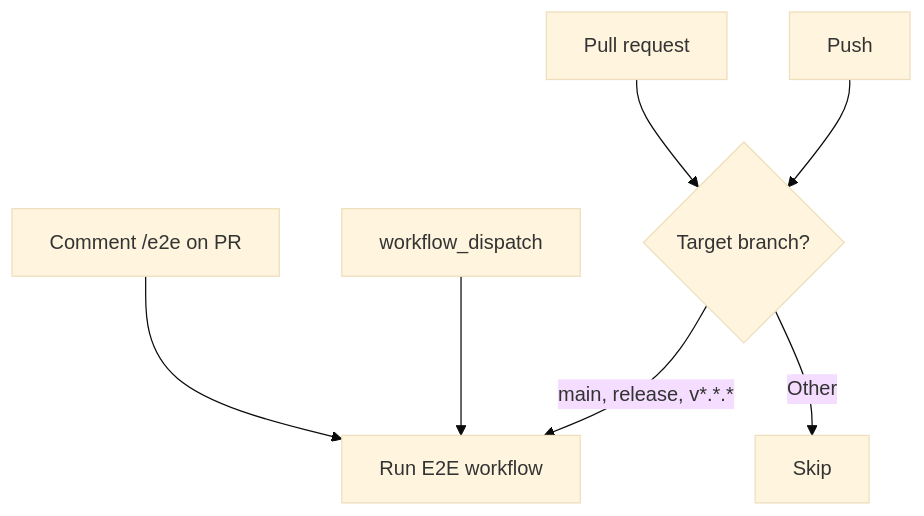
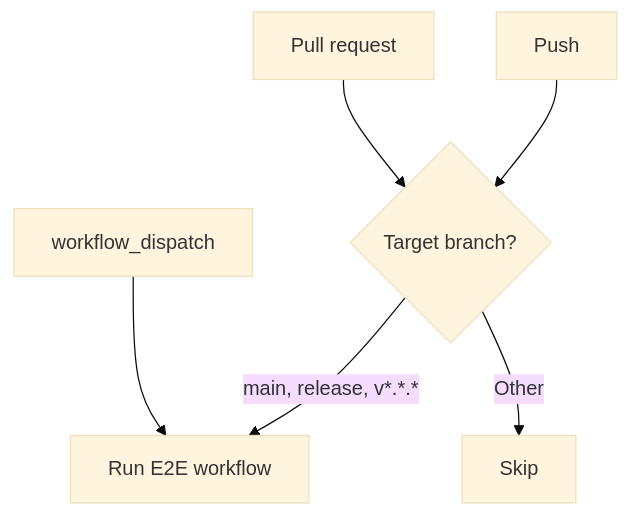
One commit to stellar/freighter-mobile changed the first of 2 diagrams in e2e/docs/ci-and-triggers.md. Above: the diagram before and after it, drawn with Mermaid (base theme). The commit also changed other lines of this file and 3 other files, not shown here.

````diff
--- a/e2e/docs/ci-and-triggers.md
+++ b/e2e/docs/ci-and-triggers.md
@@ -8,9 +8,8 @@
 ```mermaid
 flowchart TD
   PR[Pull request] --> BR{Target branch?}
   PU[Push] --> BR
-  IC[Comment /e2e on PR] --> RUN
   WD[workflow_dispatch] --> RUN
   BR --> |main, release, v*.*.*| RUN[Run E2E workflow]
   BR --> |Other| SKIP[Skip]
 ```
````
